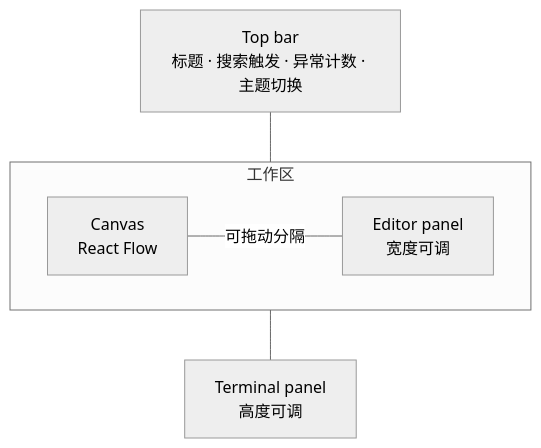
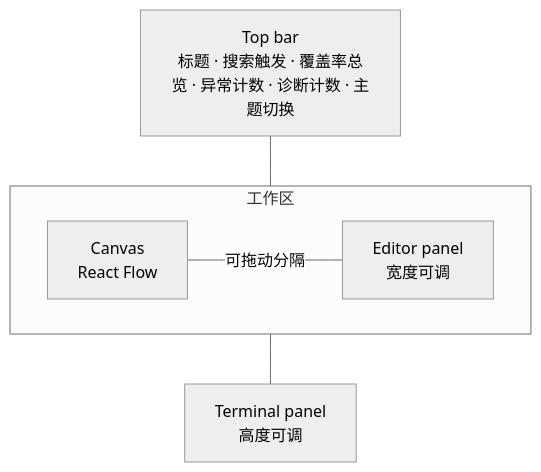
Before and after one commit to ryan-alexander-zhang/ai-native-project-template: the first of 2 diagrams in docs/design/design-00002-whiteboard-ui.md, drawn with Mermaid (neutral theme). The commit also changed other lines of this file and 8 other files, not shown here.

````diff
--- a/docs/design/design-00002-whiteboard-ui.md
+++ b/docs/design/design-00002-whiteboard-ui.md
@@ -60,10 +60,10 @@
 ```mermaid
 flowchart TB
-  TB[Top bar<br/>标题 · 搜索触发 · 异常计数 · 主题切换]
+  TB[Top bar<br/>标题 · 搜索触发 · 覆盖率总览 · 异常计数 · 诊断计数 · 主题切换]
   subgraph Work[工作区]
     direction LR
     CV[Canvas<br/>React Flow] ---|可拖动分隔| EP[Editor panel<br/>宽度可调]
   end
   TB --- Work
   Work --- TP[Terminal panel<br/>高度可调]
 ```
````
